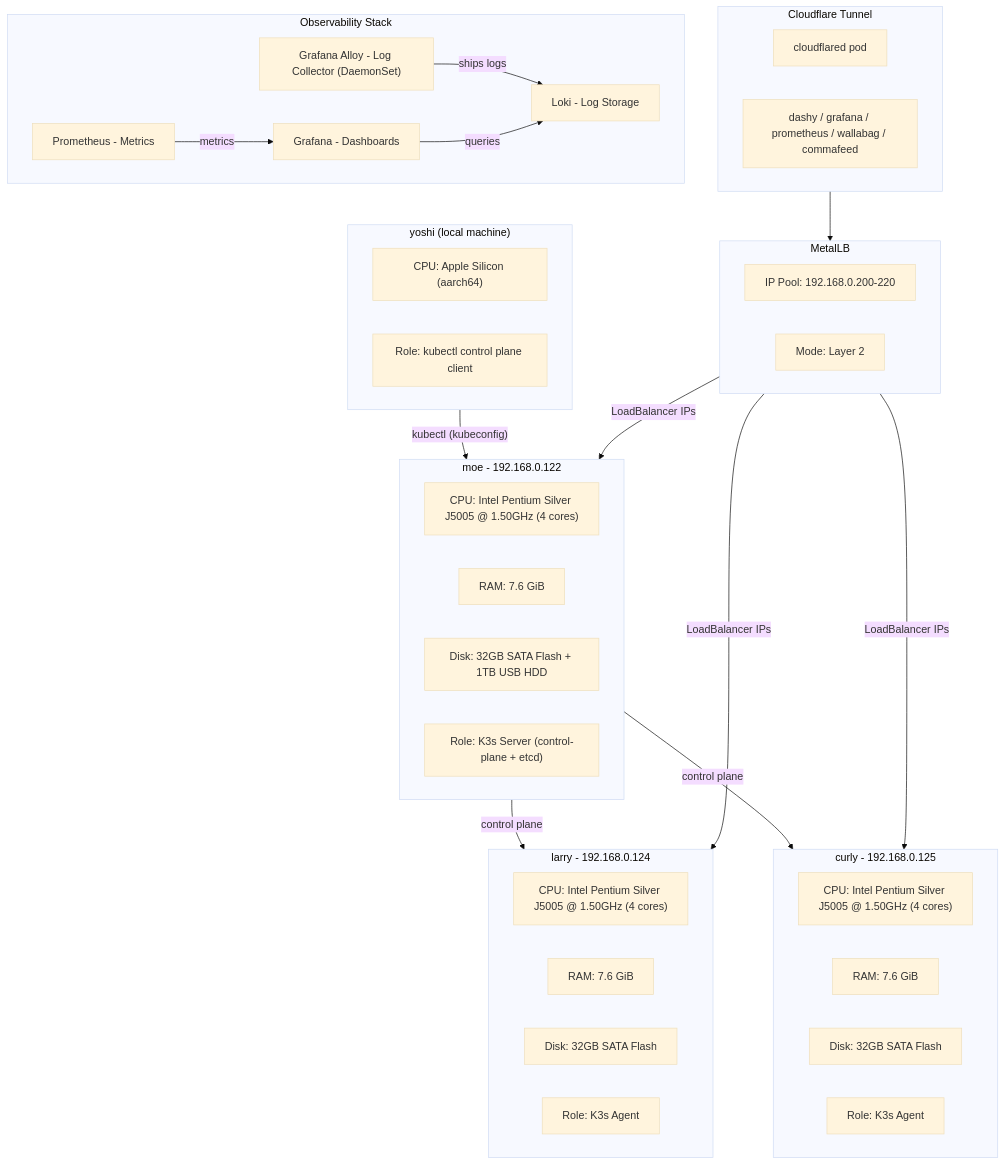
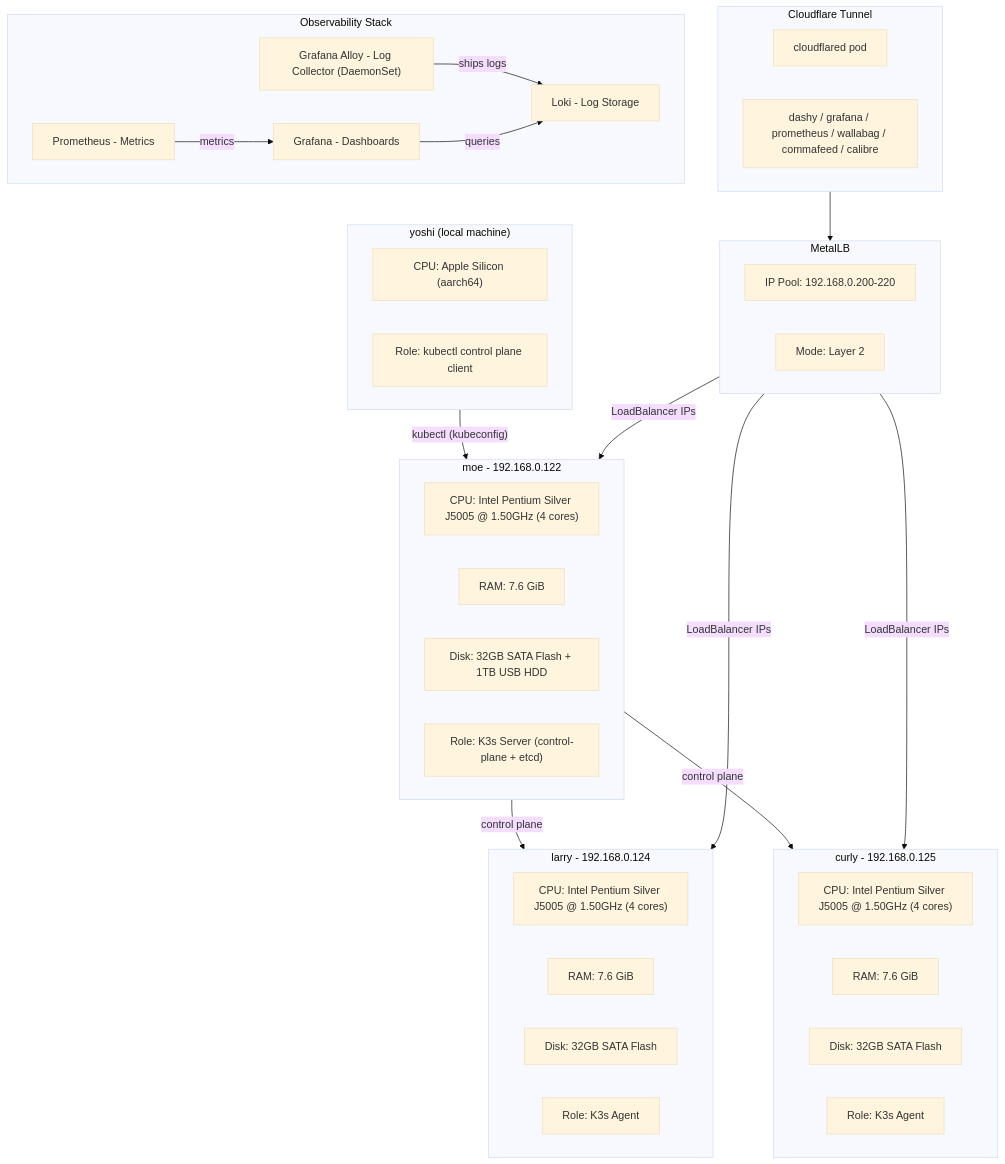
Before and after one commit to JamesRivers/k8s-labs: the diagram in README.md, drawn with Mermaid (base theme). The commit also changed other lines of this file and 5 other files, not shown here.

````diff
--- a/README.md
+++ b/README.md
@@ -3,57 +3,57 @@
 ```mermaid
 graph TB
     subgraph yoshi["yoshi (local machine)"]
         Y_CPU["CPU: Apple Silicon (aarch64)"]
         Y_ROLE["Role: kubectl control plane client"]
     end
 
     subgraph moe["moe - 192.168.0.122"]
         M_CPU["CPU: Intel Pentium Silver J5005 @ 1.50GHz (4 cores)"]
         M_RAM["RAM: 7.6 GiB"]
         M_DISK["Disk: 32GB SATA Flash + 1TB USB HDD"]
         M_ROLE["Role: K3s Server (control-plane + etcd)"]
     end
 
     subgraph larry["larry - 192.168.0.124"]
         L_CPU["CPU: Intel Pentium Silver J5005 @ 1.50GHz (4 cores)"]
         L_RAM["RAM: 7.6 GiB"]
         L_DISK["Disk: 32GB SATA Flash"]
         L_ROLE["Role: K3s Agent"]
     end
 
     subgraph curly["curly - 192.168.0.125"]
         C_CPU["CPU: Intel Pentium Silver J5005 @ 1.50GHz (4 cores)"]
         C_RAM["RAM: 7.6 GiB"]
         C_DISK["Disk: 32GB SATA Flash"]
         C_ROLE["Role: K3s Agent"]
     end
 
     subgraph metallb["MetalLB"]
         LB_POOL["IP Pool: 192.168.0.200-220"]
         LB_MODE["Mode: Layer 2"]
     end
 
     subgraph cloudflare["Cloudflare Tunnel"]
         CF["cloudflared pod"]
-        CF_DNS["dashy / grafana / prometheus / wallabag / commafeed"]
+        CF_DNS["dashy / grafana / prometheus / wallabag / commafeed / calibre"]
     end
 
     yoshi -- "kubectl (kubeconfig)" --> moe
     moe -- "control plane" --> larry
     moe -- "control plane" --> curly
     metallb -- "LoadBalancer IPs" --> moe
     metallb -- "LoadBalancer IPs" --> larry
     metallb -- "LoadBalancer IPs" --> curly
     cloudflare --> metallb
 
     subgraph observability["Observability Stack"]
         LOKI["Loki - Log Storage"]
         ALLOY["Grafana Alloy - Log Collector (DaemonSet)"]
         PROM["Prometheus - Metrics"]
         GRAFANA["Grafana - Dashboards"]
     end
 
     ALLOY -- "ships logs" --> LOKI
     PROM -- "metrics" --> GRAFANA
     GRAFANA -- "queries" --> LOKI
 ```
````
